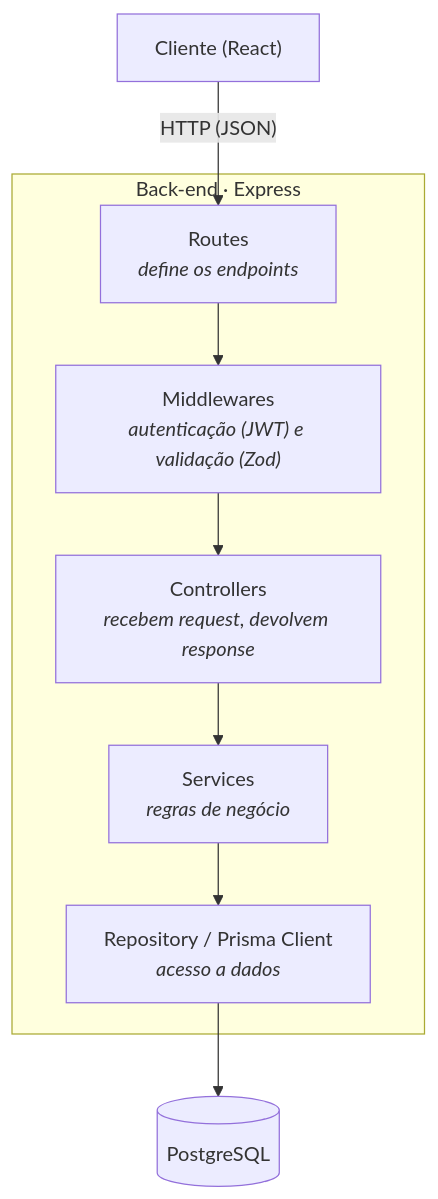
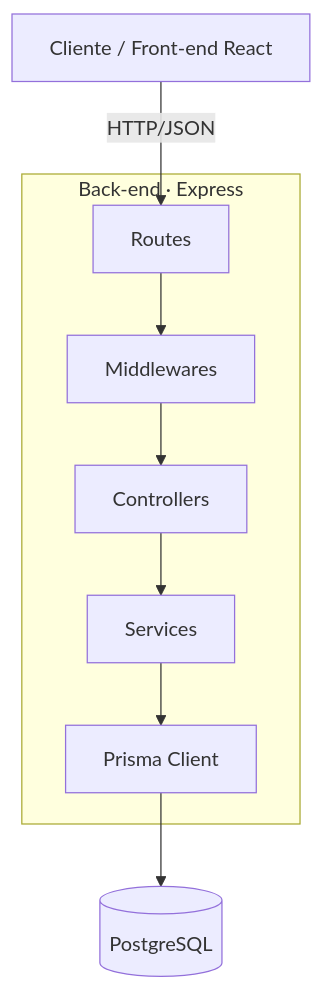
The first of 2 diagrams in README.md (joseluucaas/Taskly), drawn with Mermaid before and after one commit. The commit also changed other lines of this file and 11 other files, not shown here.

````diff
--- a/README.md
+++ b/README.md
@@ -72,21 +105,10 @@
 ```mermaid
 flowchart TB
-    Client["Cliente (React)"]
-
+    Client["Cliente / Front-end React"]
     subgraph API["Back-end · Express"]
-        Routes["Routes<br/><i>define os endpoints</i>"]
-        Middlewares["Middlewares<br/><i>autenticação (JWT) e validação (Zod)</i>"]
-        Controllers["Controllers<br/><i>recebem request, devolvem response</i>"]
-        Services["Services<br/><i>regras de negócio</i>"]
-        Repository["Repository / Prisma Client<br/><i>acesso a dados</i>"]
+      Routes["Routes"] --> Middlewares["Middlewares"] --> Controllers["Controllers"] --> Services["Services"] --> Prisma["Prisma Client"]
     end
-
     DB[("PostgreSQL")]
-
-    Client -- "HTTP (JSON)" --> Routes
-    Routes --> Middlewares
-    Middlewares --> Controllers
-    Controllers --> Services
-    Services --> Repository
-    Repository --> DB
+    Client -- HTTP/JSON --> Routes
+    Prisma --> DB
 ```
````
